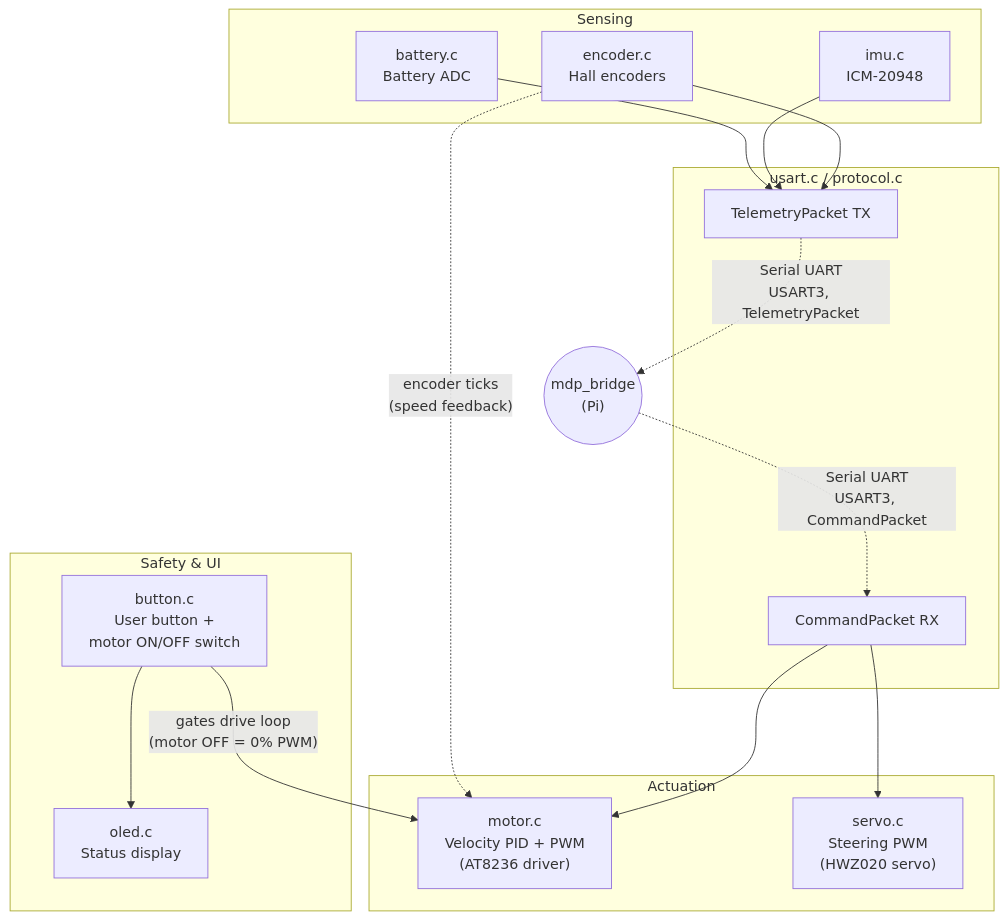
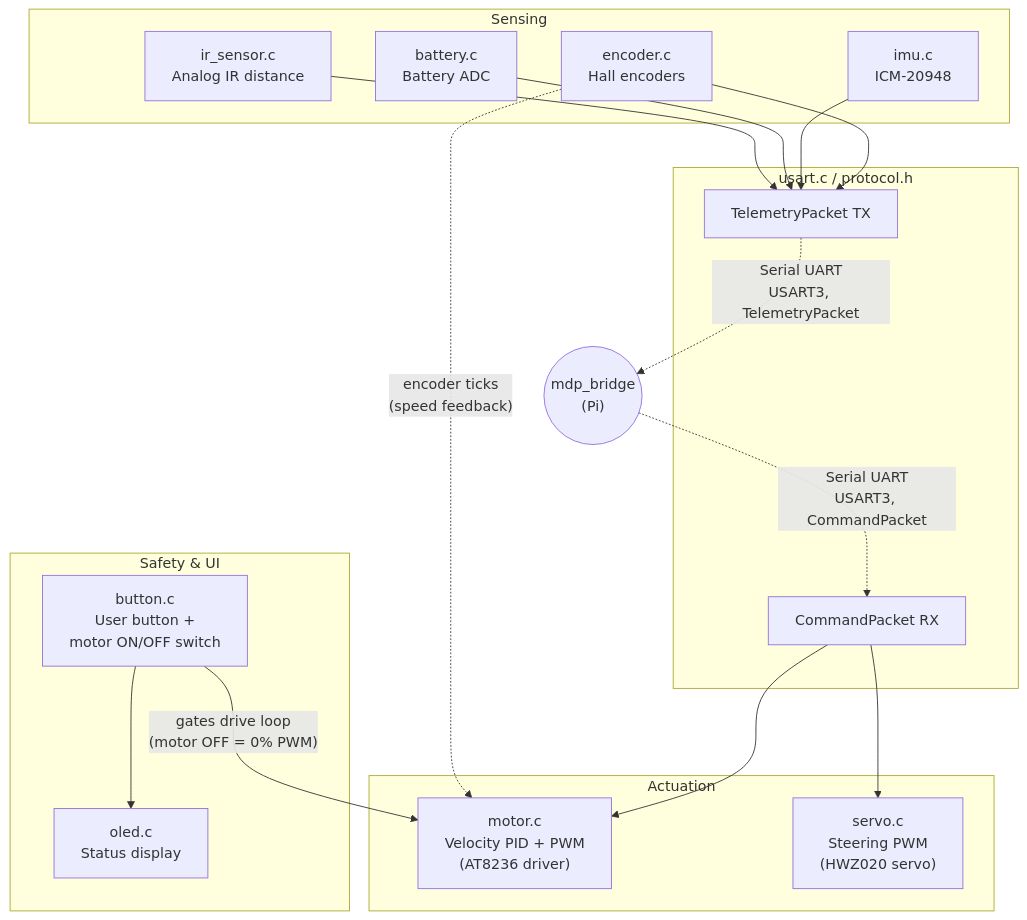
The first of 2 diagrams in docs/stm32/index.md (Alvin0523/mdp), drawn with Mermaid before and after one commit. The commit also changed other lines of this file and 4 other files, not shown here.

````diff
--- a/docs/stm32/index.md
+++ b/docs/stm32/index.md
@@ -17,37 +17,39 @@
 ```mermaid
 graph TD
   subgraph ACTUATION["Actuation"]
     MOTOR["motor.c<br/>Velocity PID + PWM<br/>(AT8236 driver)"]
     SERVO["servo.c<br/>Steering PWM<br/>(HWZ020 servo)"]
   end
 
   subgraph SENSING["Sensing"]
+    IR["ir_sensor.c<br/>Analog IR distance"]
     ENC["encoder.c<br/>Hall encoders"]
     IMUD["imu.c<br/>ICM-20948"]
     BATT["battery.c<br/>Battery ADC"]
   end
 
   subgraph SAFETY["Safety & UI"]
     BTN["button.c<br/>User button +<br/>motor ON/OFF switch"]
     OLED["oled.c<br/>Status display"]
   end
 
-  subgraph COMM["usart.c / protocol.c"]
+  subgraph COMM["usart.c / protocol.h"]
     RX["CommandPacket RX"]
     TX["TelemetryPacket TX"]
   end
 
   BRIDGE(("mdp_bridge<br/>(Pi)"))
 
   BRIDGE -.->|"Serial UART<br/>USART3, CommandPacket"| RX
   RX --> MOTOR
   RX --> SERVO
   BTN -->|"gates drive loop<br/>(motor OFF = 0% PWM)"| MOTOR
   BTN --> OLED
 
   ENC -.->|"encoder ticks<br/>(speed feedback)"| MOTOR
   ENC --> TX
   IMUD --> TX
   BATT --> TX
+  IR --> TX
   TX -.->|"Serial UART<br/>USART3, TelemetryPacket"| BRIDGE
 ```
````
